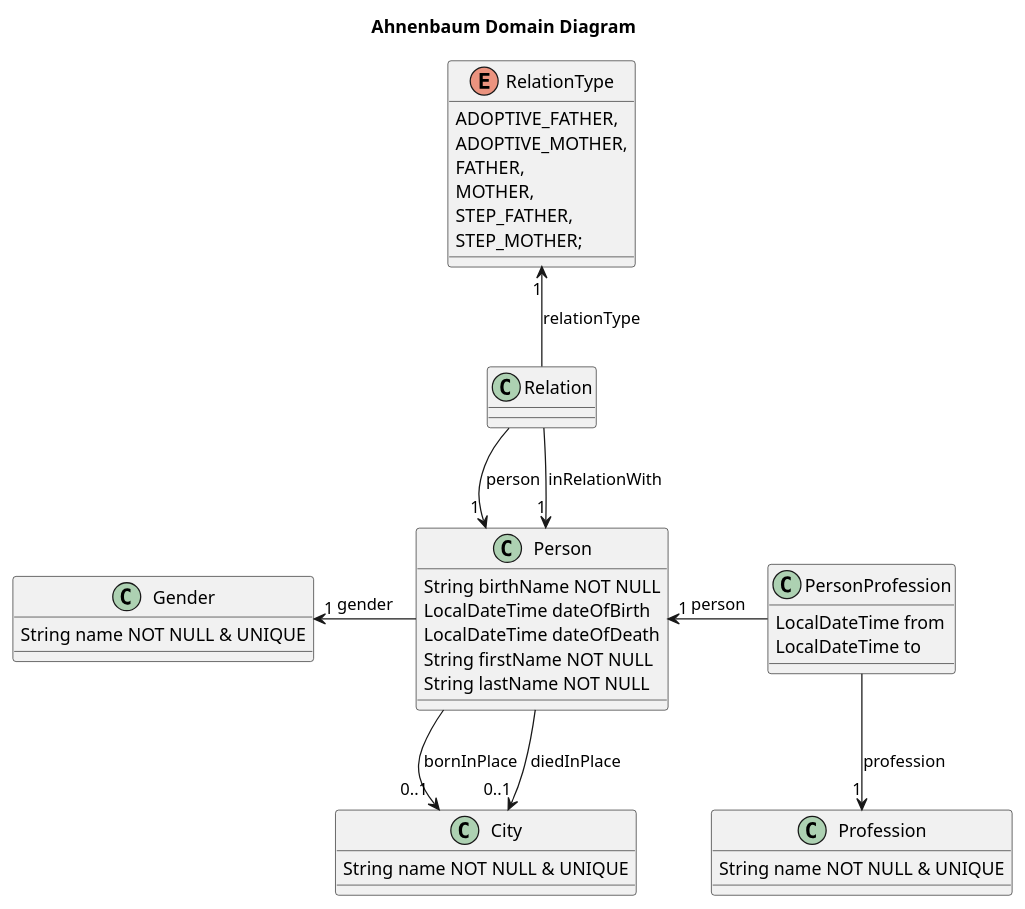
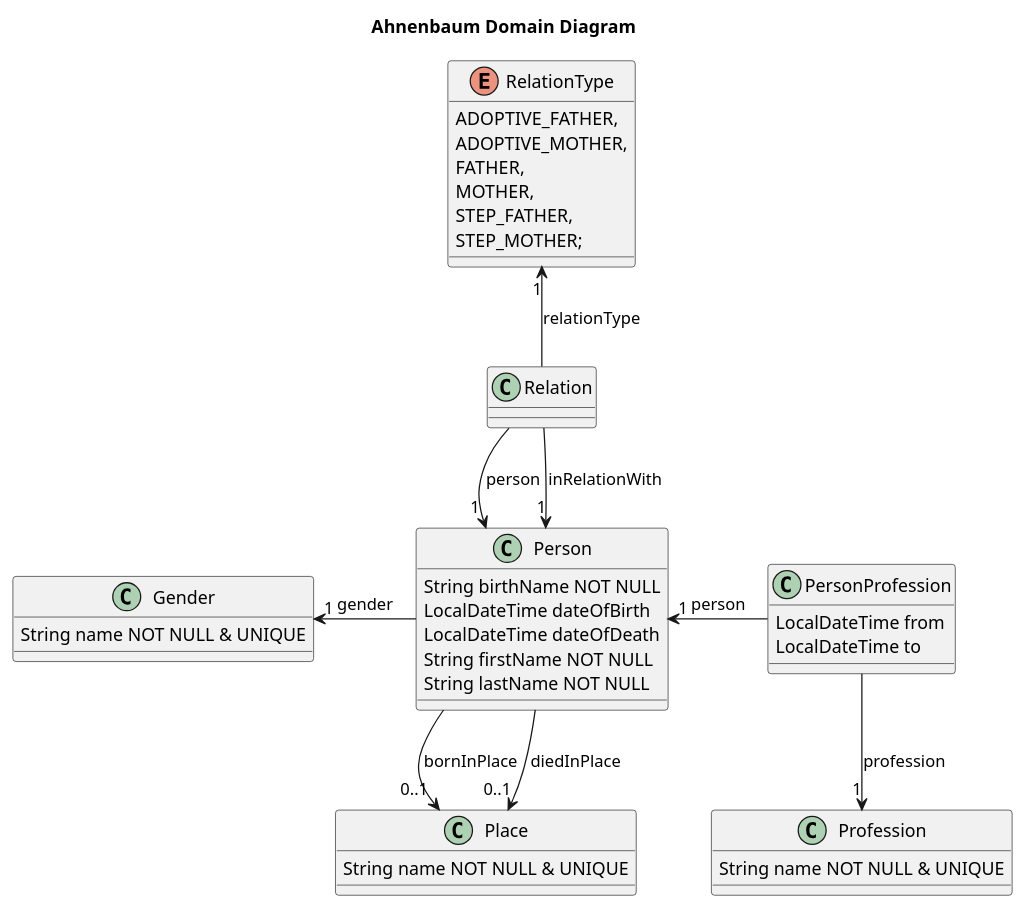
Before and after one commit to greifentor/ahnenbaum: the diagram in docs/architecture/domain-model.plantuml, drawn with PlantUML. The commit also changed 30 other files, not shown here.

Commit message:
Renamed city to place.

```diff
--- a/docs/architecture/domain-model.plantuml
+++ b/docs/architecture/domain-model.plantuml
@@ -1,69 +1,69 @@
 @startuml
 
 title Ahnenbaum Domain Diagram
 
 '!theme mono
 'COMMENT - skinparam linetype ortho
 
-class City {
+class Gender {
 
 	String name NOT NULL & UNIQUE
 
 }
 
 class Person {
 
 	String birthName NOT NULL
 	LocalDateTime dateOfBirth
 	LocalDateTime dateOfDeath
 	String firstName NOT NULL
 	String lastName NOT NULL
 
 }
 
-class Gender {
+class Place {
 
 	String name NOT NULL & UNIQUE
 
 }
 
 class Profession {
 
 	String name NOT NULL & UNIQUE
 
 }
 
 class PersonProfession {
 
 	LocalDateTime from
 	LocalDateTime to
 
 }
 
 class Relation {
 }
 
 enum RelationType {
 
 	ADOPTIVE_FATHER,
 	ADOPTIVE_MOTHER,
 	FATHER,
 	MOTHER,
 	STEP_FATHER,
 	STEP_MOTHER;
 
 }
 
-Person --> "0..1" City : bornInPlace
-Person --> "0..1" City : diedInPlace
+Person --> "0..1" Place : bornInPlace 
+Person --> "0..1" Place : diedInPlace
 Person -LEFT-> "1" Gender : gender
 
 PersonProfession -LEFT-> "1" Person : person
 PersonProfession -DOWN-> "1" Profession : profession
 
 Relation --> "1" Person : person
 Relation --> "1" Person : inRelationWith
 Relation -UP-> "1" RelationType : relationType
 
 
 @enduml
```
